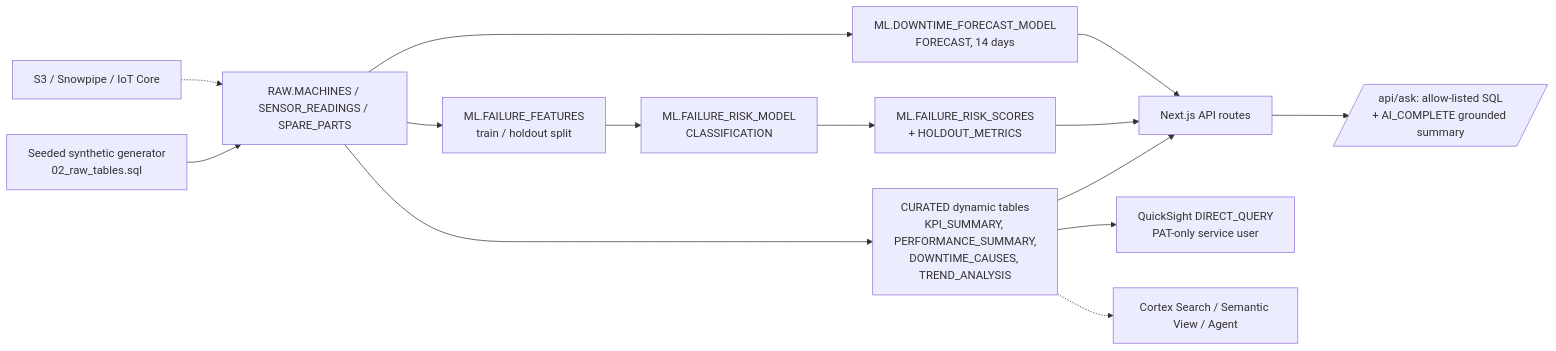
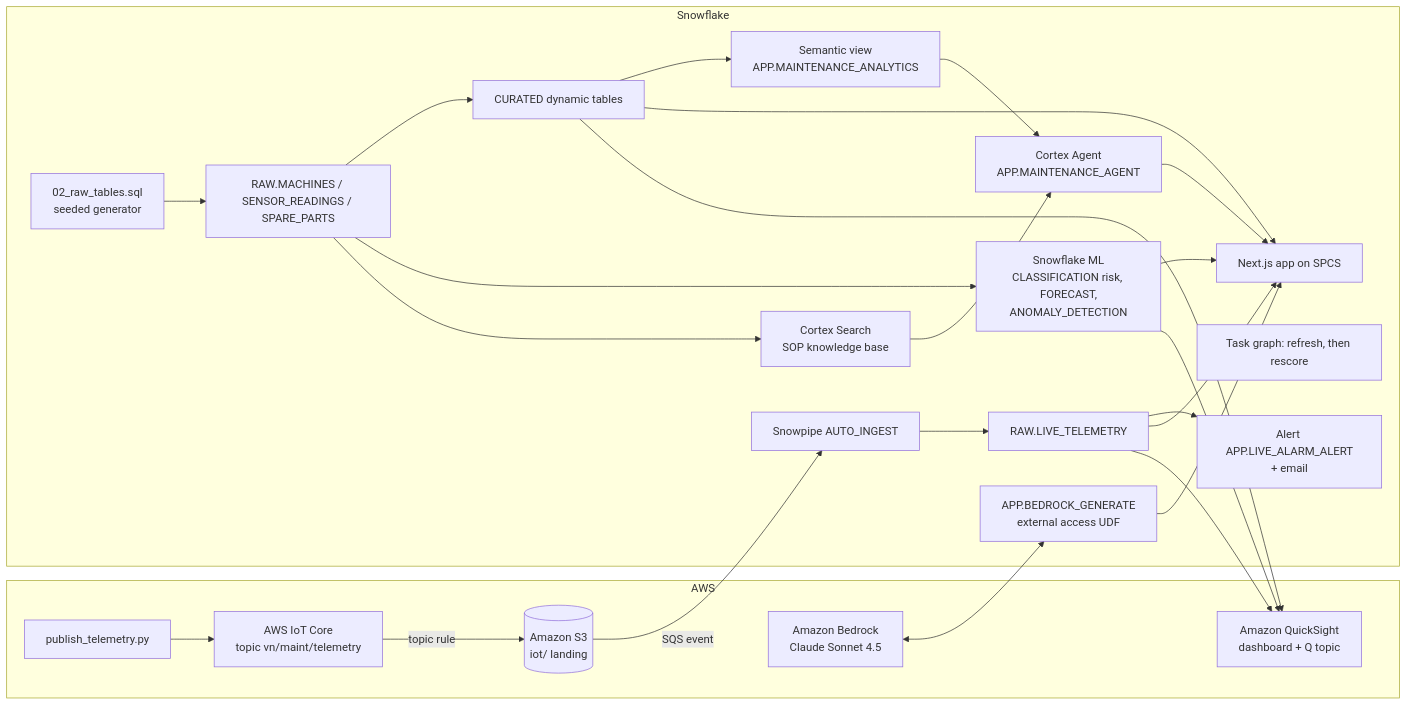
The diagram in README.md (sfc-gh-jasvestis/aws-vietnam-electronics-maintenance), drawn with Mermaid before and after one commit. The commit also changed other lines of this file and 28 other files, not shown here.

First line of the commit message:
Make the AWS + Snowflake demo work end to end

````diff
--- a/README.md
+++ b/README.md
@@ -52,16 +11,32 @@
 ```mermaid
 flowchart LR
-    GEN[Seeded synthetic generator<br/>02_raw_tables.sql] --> RAW[RAW.MACHINES / SENSOR_READINGS / SPARE_PARTS]
-    RAW --> DT[CURATED dynamic tables<br/>KPI_SUMMARY, PERFORMANCE_SUMMARY,<br/>DOWNTIME_CAUSES, TREND_ANALYSIS]
-    RAW --> FEAT[ML.FAILURE_FEATURES<br/>train / holdout split]
-    FEAT --> CLS[ML.FAILURE_RISK_MODEL<br/>CLASSIFICATION]
-    CLS --> SCORES[ML.FAILURE_RISK_SCORES<br/>+ HOLDOUT_METRICS]
-    RAW --> FC[ML.DOWNTIME_FORECAST_MODEL<br/>FORECAST, 14 days]
-    DT --> API[Next.js API routes]
-    SCORES --> API
-    FC --> API
-    API --> ASK[/api/ask: allow-listed SQL<br/>+ AI_COMPLETE grounded summary/]
-    DT --> QS[QuickSight DIRECT_QUERY<br/>PAT-only service user]
-    DT -.-> SRCH[Cortex Search / Semantic View / Agent]
-    S3[S3 / Snowpipe / IoT Core] -.-> RAW
+    subgraph AWS
+      SIM[publish_telemetry.py] --> IOT[AWS IoT Core<br/>topic vn/maint/telemetry]
+      IOT -->|topic rule| S3[(Amazon S3<br/>iot/ landing)]
+      BR[Amazon Bedrock<br/>Claude Sonnet 4.5]
+      QS[Amazon QuickSight<br/>dashboard + Q topic]
+    end
+    subgraph Snowflake
+      S3 -->|SQS event| PIPE[Snowpipe AUTO_INGEST] --> LIVE[RAW.LIVE_TELEMETRY]
+      GEN[02_raw_tables.sql<br/>seeded generator] --> RAW[RAW.MACHINES / SENSOR_READINGS / SPARE_PARTS]
+      RAW --> DT[CURATED dynamic tables]
+      RAW --> ML[Snowflake ML<br/>CLASSIFICATION risk, FORECAST,<br/>ANOMALY_DETECTION]
+      DT --> SV[Semantic view<br/>APP.MAINTENANCE_ANALYTICS]
+      RAW --> CS[Cortex Search<br/>SOP knowledge base]
+      SV --> AG[Cortex Agent<br/>APP.MAINTENANCE_AGENT]
+      CS --> AG
+      LIVE --> AL[Alert APP.LIVE_ALARM_ALERT<br/>+ email]
+      UDF[APP.BEDROCK_GENERATE<br/>external access UDF]
+      TK[Task graph: refresh, then rescore]
+      APP[Next.js app on SPCS]
+    end
+    BR <--> UDF
+    DT --> APP
+    ML --> APP
+    LIVE --> APP
+    AG --> APP
+    UDF --> APP
+    DT --> QS
+    ML --> QS
+    LIVE --> QS
 ```
````
